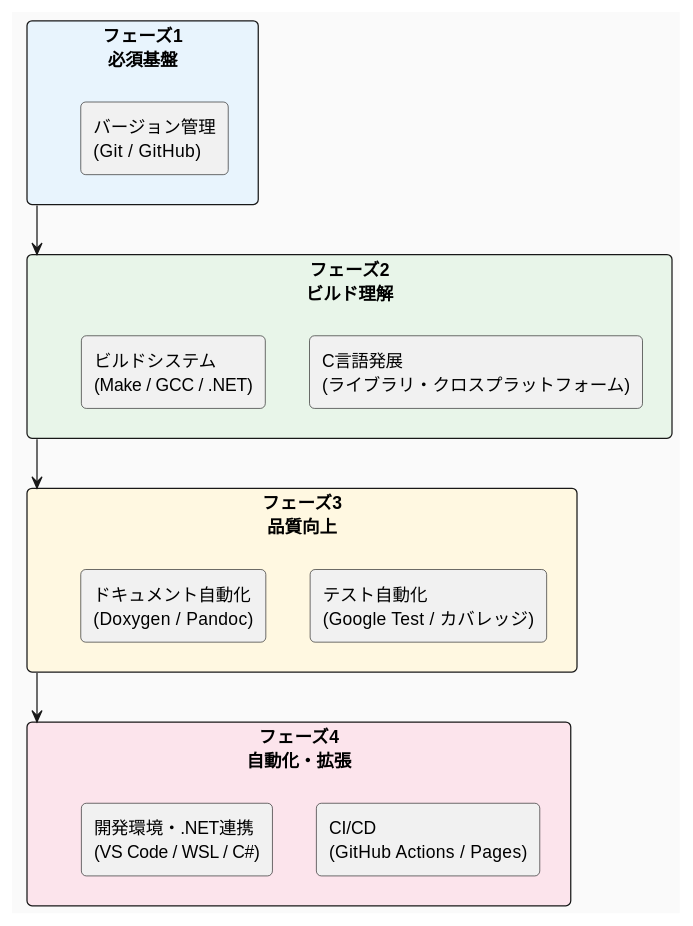
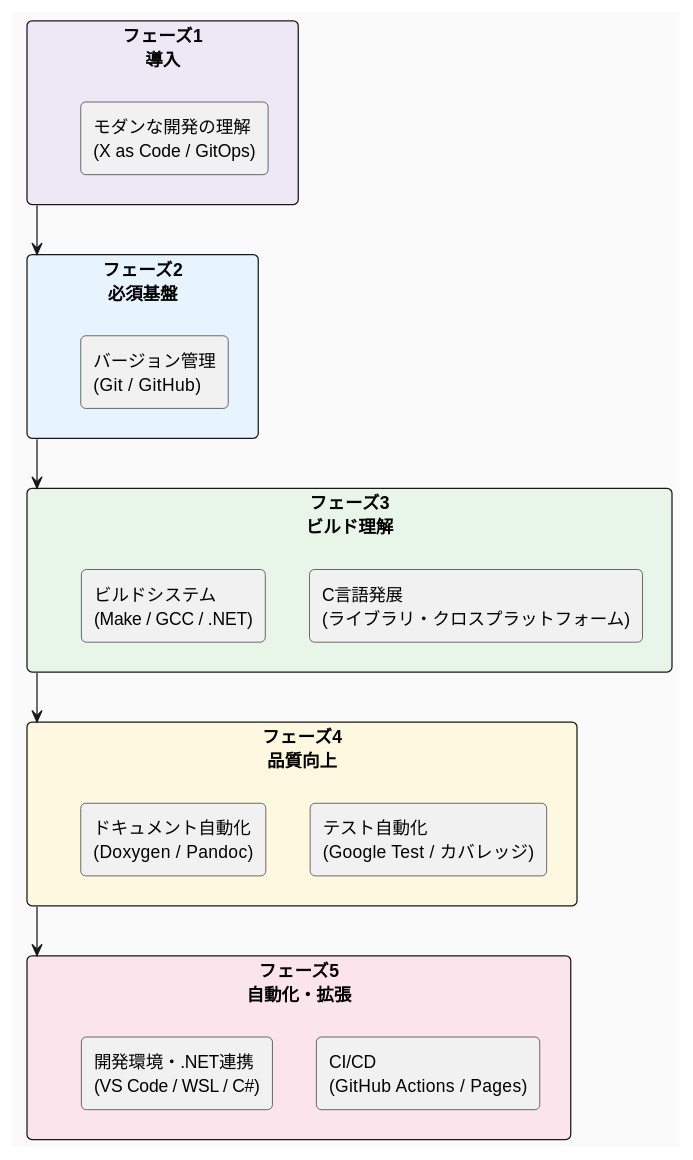
One commit to Hondarer/c-modernization-kit changed the diagram in docs-src/skill-guide/README.md. Above: the diagram before and after it, drawn with PlantUML. The commit also changed other lines of this file and 30 other files, not shown here.

````diff
--- a/docs-src/skill-guide/README.md
+++ b/docs-src/skill-guide/README.md
@@ -19,30 +19,35 @@
 ```plantuml
 @startuml
 skinparam backgroundColor #FAFAFA
 skinparam roundcorner 8
 
-rectangle "フェーズ1\n必須基盤" as P1 #E8F4FD {
-  rectangle "バージョン管理\n(Git / GitHub)" as P1A
+rectangle "フェーズ1\n導入" as P1 #EDE7F6 {
+  rectangle "モダンな開発の理解\n(X as Code / GitOps)" as P1A
 }
 
-rectangle "フェーズ2\nビルド理解" as P2 #E8F5E9 {
-  rectangle "C言語発展\n(ライブラリ・クロスプラットフォーム)" as P2A
-  rectangle "ビルドシステム\n(Make / GCC / .NET)" as P2B
+rectangle "フェーズ2\n必須基盤" as P2 #E8F4FD {
+  rectangle "バージョン管理\n(Git / GitHub)" as P2A
 }
 
-rectangle "フェーズ3\n品質向上" as P3 #FFF8E1 {
-  rectangle "テスト自動化\n(Google Test / カバレッジ)" as P3A
-  rectangle "ドキュメント自動化\n(Doxygen / Pandoc)" as P3B
+rectangle "フェーズ3\nビルド理解" as P3 #E8F5E9 {
+  rectangle "C言語発展\n(ライブラリ・クロスプラットフォーム)" as P3A
+  rectangle "ビルドシステム\n(Make / GCC / .NET)" as P3B
 }
 
-rectangle "フェーズ4\n自動化・拡張" as P4 #FCE4EC {
-  rectangle "CI/CD\n(GitHub Actions / Pages)" as P4A
-  rectangle "開発環境・.NET連携\n(VS Code / WSL / C#)" as P4B
+rectangle "フェーズ4\n品質向上" as P4 #FFF8E1 {
+  rectangle "テスト自動化\n(Google Test / カバレッジ)" as P4A
+  rectangle "ドキュメント自動化\n(Doxygen / Pandoc)" as P4B
+}
+
+rectangle "フェーズ5\n自動化・拡張" as P5 #FCE4EC {
+  rectangle "CI/CD\n(GitHub Actions / Pages)" as P5A
+  rectangle "開発環境・.NET連携\n(VS Code / WSL / C#)" as P5B
 }
 
 P1 -down-> P2
 P2 -down-> P3
 P3 -down-> P4
+P4 -down-> P5
 
 @enduml
 ```
````
